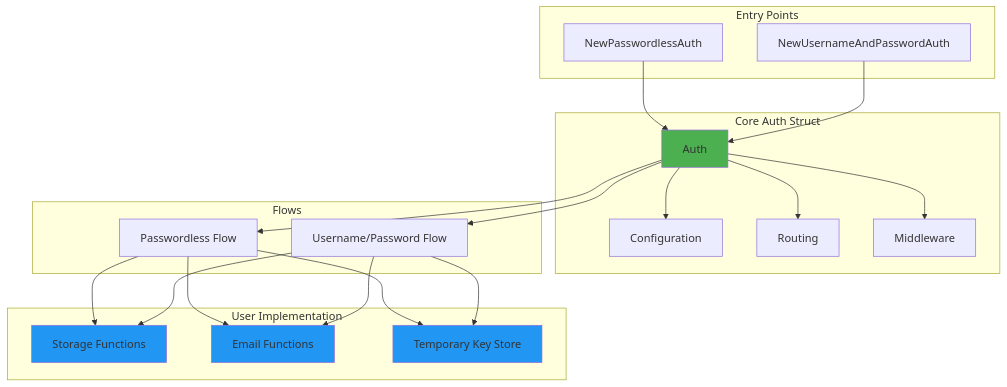
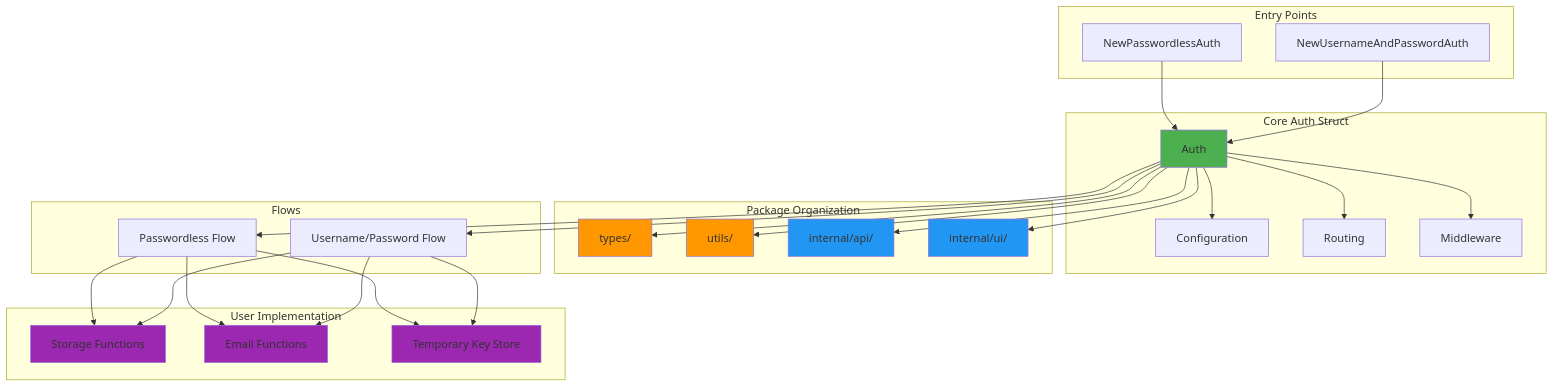
One commit to dracory/auth changed the first of 3 diagrams in docs/overview.md. Above: the diagram before and after it, drawn with Mermaid. The commit also changed other lines of this file and 2 other files, not shown here.

Commit message:
docs: add comprehensive documentation files and update README to reflect new docs, refactored examples, and type package imports.

````diff
--- a/docs/overview.md
+++ b/docs/overview.md
@@ -39,41 +39,56 @@
 ```mermaid
 graph TB
     subgraph "Entry Points"
         A[NewPasswordlessAuth]
         B[NewUsernameAndPasswordAuth]
     end
     
     subgraph "Core Auth Struct"
         C[Auth]
         C --> D[Configuration]
         C --> E[Routing]
         C --> F[Middleware]
+    end
+    
+    subgraph "Package Organization"
+        T[types/]
+        U[utils/]
+        IA[internal/api/]
+        IU[internal/ui/]
     end
     
     subgraph "Flows"
         G[Passwordless Flow]
         H[Username/Password Flow]
     end
     
     subgraph "User Implementation"
         I[Storage Functions]
         J[Email Functions]
         K[Temporary Key Store]
     end
     
     A --> C
     B --> C
+    C --> T
+    C --> U
+    C --> IA
+    C --> IU
     C --> G
     C --> H
     G --> I
     G --> J
     G --> K
     H --> I
     H --> J
     H --> K
     
     style C fill:#4CAF50
-    style I fill:#2196F3
-    style J fill:#2196F3
-    style K fill:#2196F3
+    style T fill:#FF9800
+    style U fill:#FF9800
+    style IA fill:#2196F3
+    style IU fill:#2196F3
+    style I fill:#9C27B0
+    style J fill:#9C27B0
+    style K fill:#9C27B0
 ```
````
